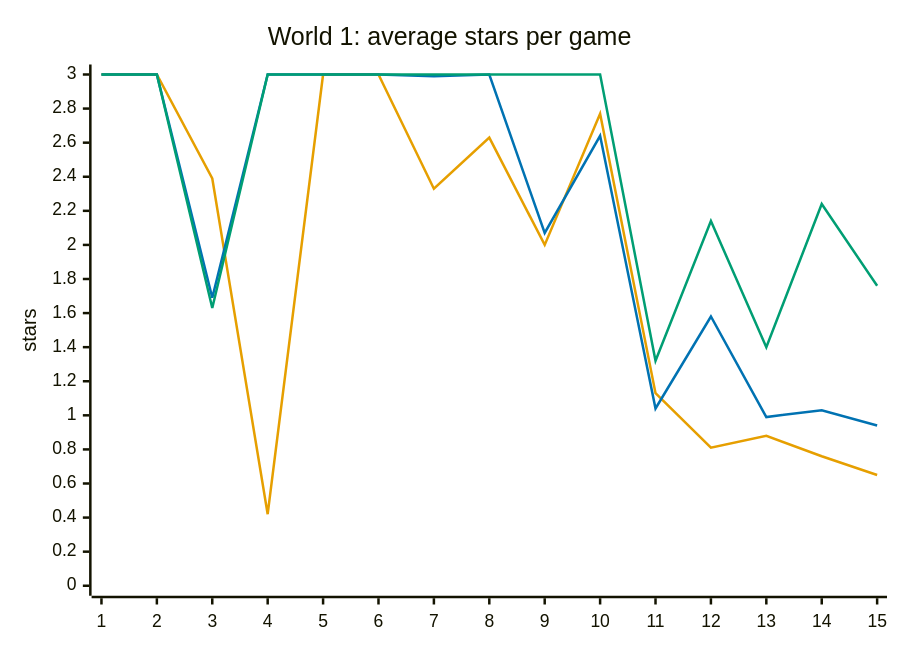
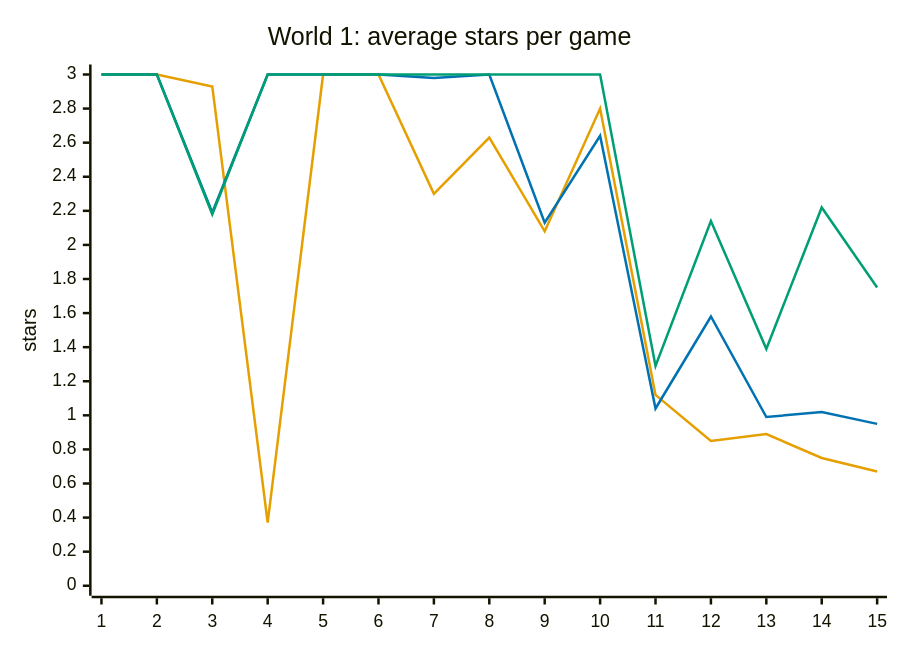
The second of 8 diagrams in docs/design/difficulty.md (Pavelya/dots), drawn with Mermaid before and after one commit. The commit also changed other lines of this file and 13 other files, not shown here.

````diff
--- a/docs/design/difficulty.md
+++ b/docs/design/difficulty.md
@@ -155,10 +156,10 @@
 ```mermaid
 %%{init: {"themeVariables": {"xyChart": {"plotColorPalette": "#E69F00, #0072B2, #009E73, #999999"}}}}%%
 xychart-beta
     title "World 1: average stars per game"
     x-axis ["1", "2", "3", "4", "5", "6", "7", "8", "9", "10", "11", "12", "13", "14", "15"]
     y-axis "stars" 0 --> 3
-    line [3.00, 3.00, 2.39, 0.42, 3.00, 3.00, 2.33, 2.63, 2.00, 2.77, 1.13, 0.81, 0.88, 0.76, 0.65]
-    line [3.00, 3.00, 1.69, 3.00, 3.00, 3.00, 2.99, 3.00, 2.07, 2.64, 1.04, 1.58, 0.99, 1.03, 0.94]
-    line [3.00, 3.00, 1.63, 3.00, 3.00, 3.00, 3.00, 3.00, 3.00, 3.00, 1.32, 2.14, 1.40, 2.24, 1.76]
+    line [3.00, 3.00, 2.93, 0.37, 3.00, 3.00, 2.30, 2.63, 2.08, 2.80, 1.12, 0.85, 0.89, 0.75, 0.67]
+    line [3.00, 3.00, 2.19, 3.00, 3.00, 3.00, 2.98, 3.00, 2.13, 2.64, 1.04, 1.58, 0.99, 1.02, 0.95]
+    line [3.00, 3.00, 2.18, 3.00, 3.00, 3.00, 3.00, 3.00, 3.00, 3.00, 1.29, 2.14, 1.39, 2.22, 1.75]
 ```
````
